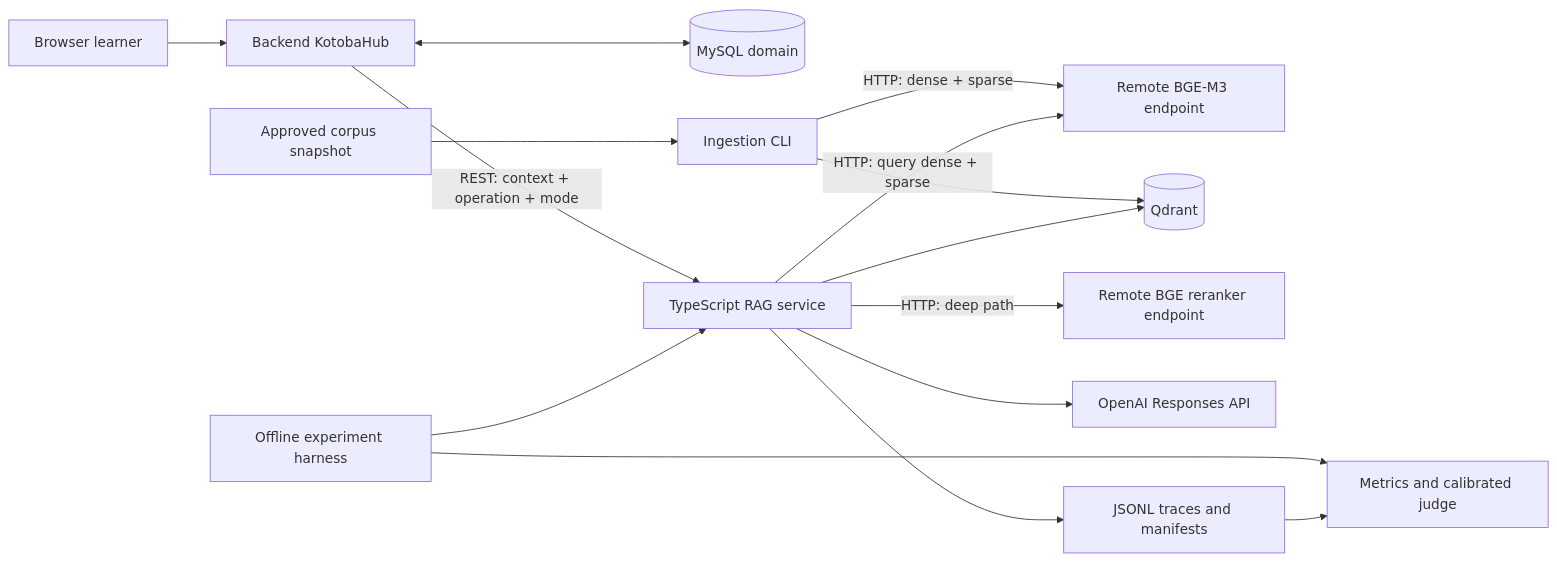
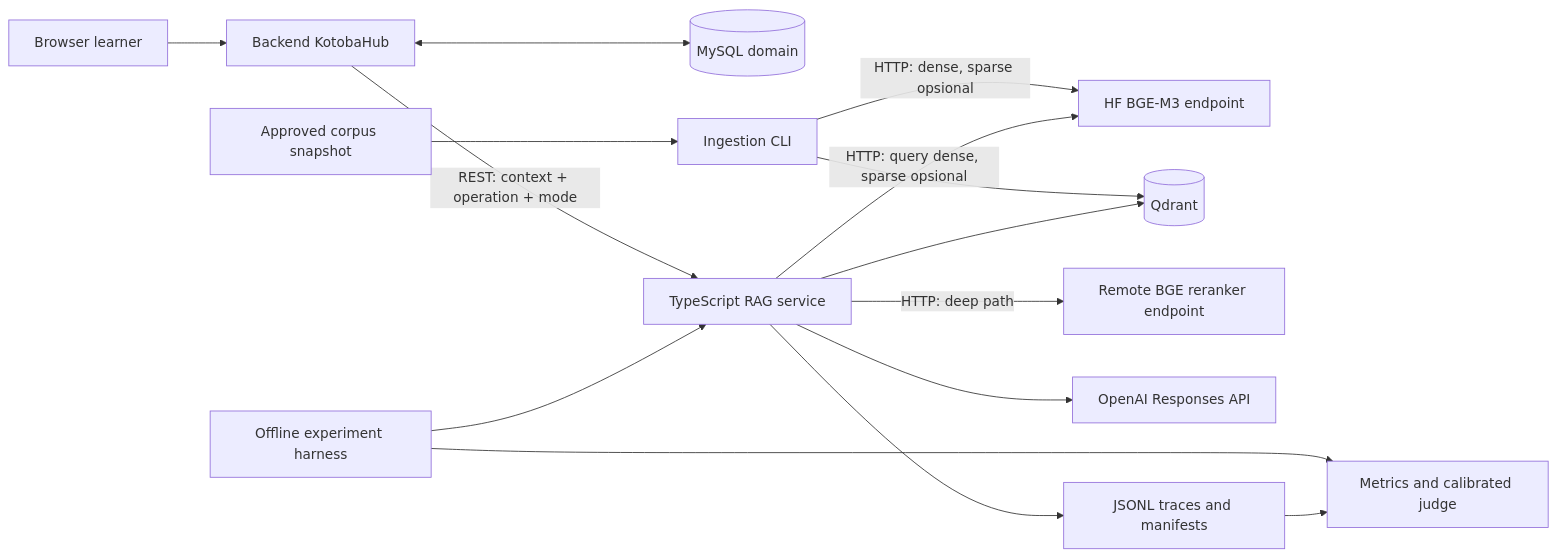
Before and after one commit to bpkcongli/kotoba-hub-rag: the first of 2 diagrams in ARCHITECTURE.md, drawn with Mermaid. The commit also changed other lines of this file and 69 other files, not shown here.

````diff
--- a/ARCHITECTURE.md
+++ b/ARCHITECTURE.md
@@ -54,17 +56,17 @@
 ```mermaid
 flowchart LR
     Learner[Browser learner] --> Hub[Backend KotobaHub]
     Hub <--> MySQL[(MySQL domain)]
     Hub -->|REST: context + operation + mode| RAG[TypeScript RAG service]
     Export[Approved corpus snapshot] --> Ingest[Ingestion CLI]
-    Ingest -->|HTTP: dense + sparse| Embed[Remote BGE-M3 endpoint]
+    Ingest -->|HTTP: dense, sparse opsional| Embed[HF BGE-M3 endpoint]
     Ingest --> Q[(Qdrant)]
-    RAG -->|HTTP: query dense + sparse| Embed
+    RAG -->|HTTP: query dense, sparse opsional| Embed
     RAG -->|HTTP: deep path| Ranker[Remote BGE reranker endpoint]
     RAG --> Q
     RAG --> LLM[OpenAI Responses API]
     RAG --> Trace[JSONL traces and manifests]
     Harness[Offline experiment harness] --> RAG
     Harness --> Eval[Metrics and calibrated judge]
     Trace --> Eval
 ```
````
